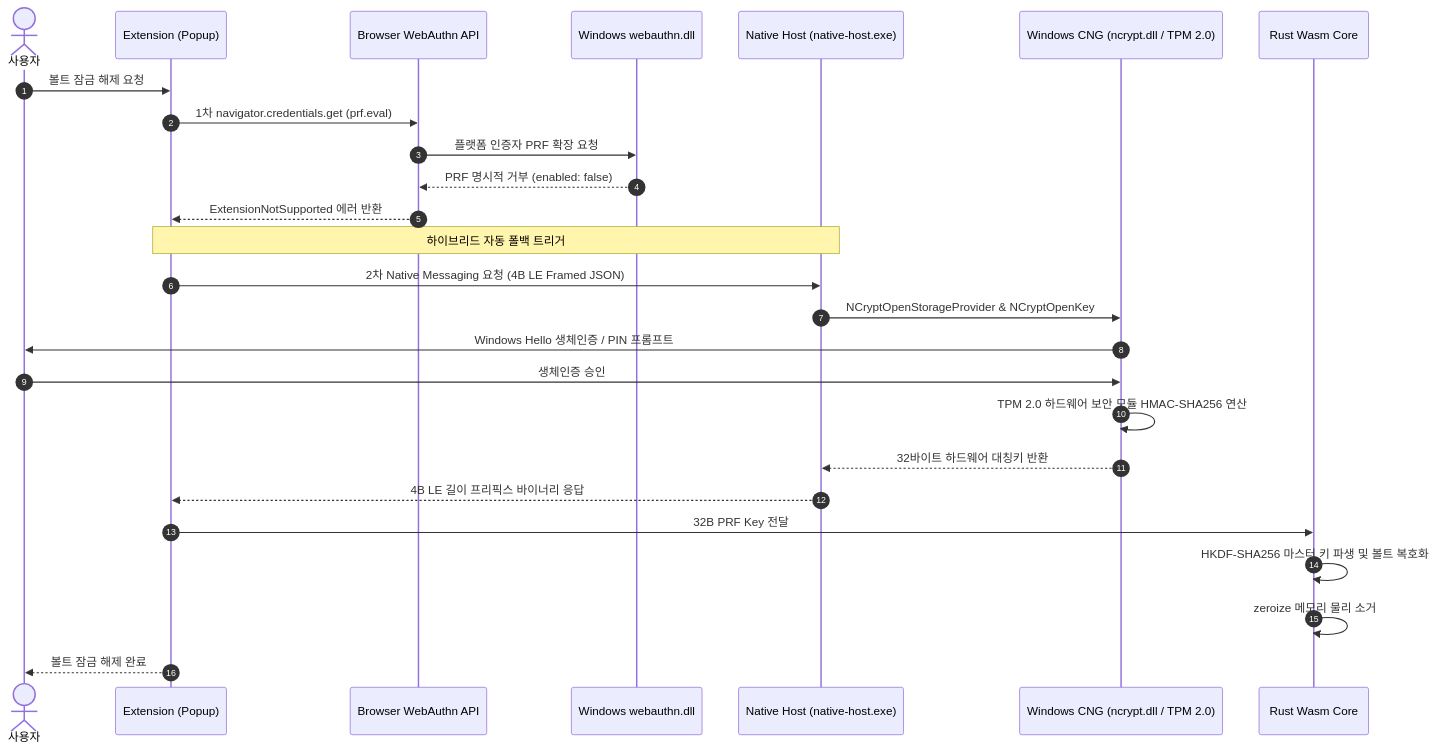
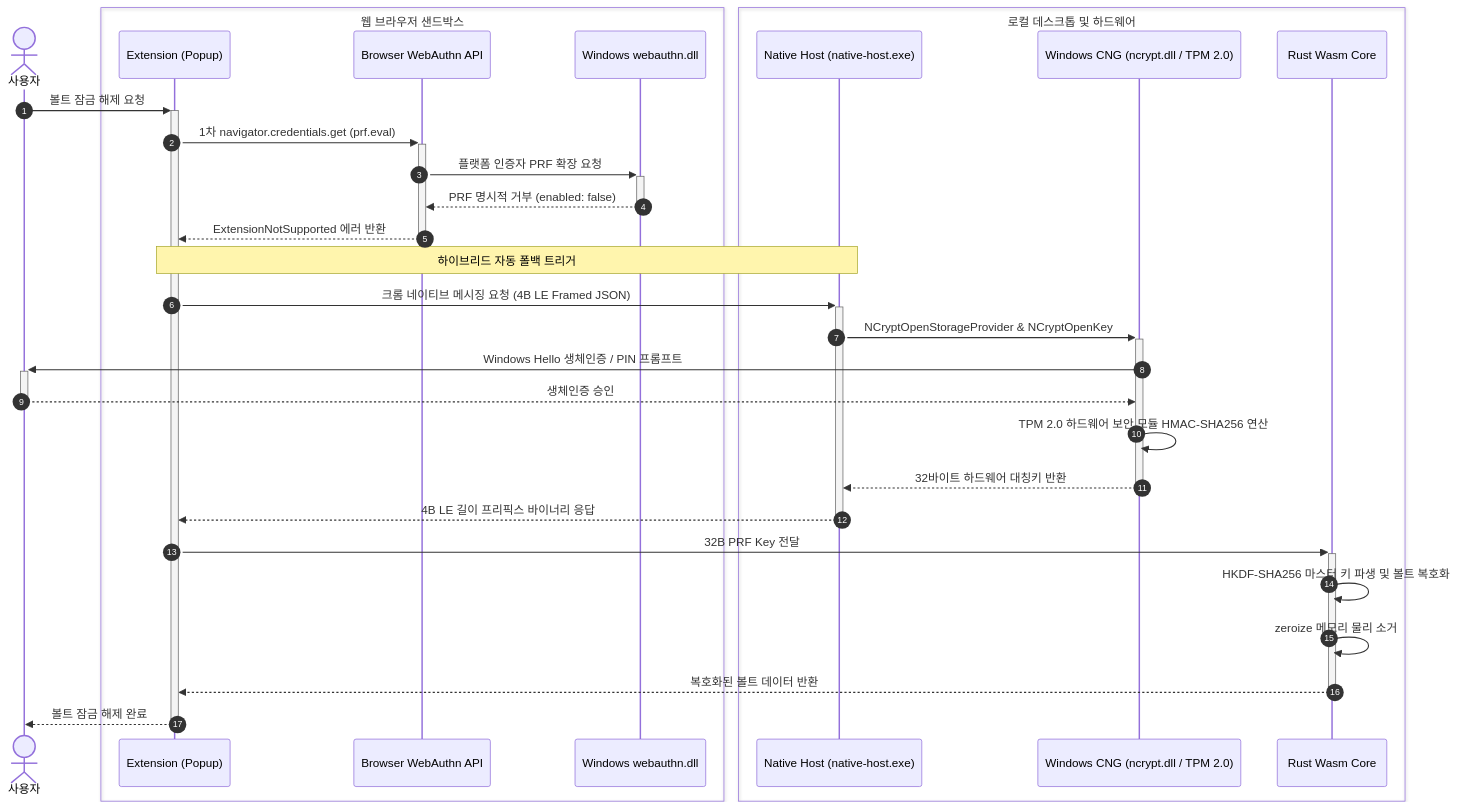
One commit to mmmphyun/security-agent-toolkit changed the diagram in docs/posts/proj-prfvault-02-os-block-and-cng-hybrid-pipeline.md. Above: the diagram before and after it, drawn with Mermaid.

Commit message:
docs(prfvault): 시퀀스 다이어그램 시스템 경계 박스 및 활성화 수명선 개선

````diff
--- a/docs/posts/proj-prfvault-02-os-block-and-cng-hybrid-pipeline.md
+++ b/docs/posts/proj-prfvault-02-os-block-and-cng-hybrid-pipeline.md
@@ -27,29 +27,36 @@
 ```mermaid
 sequenceDiagram
     autonumber
     actor User as 사용자
-    participant Ext as Extension (Popup)
-    participant Browser as Browser WebAuthn API
-    participant OS as Windows webauthn.dll
-    participant NativeHost as Native Host (native-host.exe)
-    participant CNG as Windows CNG (ncrypt.dll / TPM 2.0)
-    participant Wasm as Rust Wasm Core
 
-    User->>Ext: 볼트 잠금 해제 요청
-    Ext->>Browser: 1차 navigator.credentials.get (prf.eval)
-    Browser->>OS: 플랫폼 인증자 PRF 확장 요청
-    OS-->>Browser: PRF 명시적 거부 (enabled: false)
-    Browser-->>Ext: ExtensionNotSupported 에러 반환
+    box 웹 브라우저 샌드박스
+        participant Ext as Extension (Popup)
+        participant Browser as Browser WebAuthn API
+        participant OS as Windows webauthn.dll
+    end
+
+    box 로컬 데스크톱 및 하드웨어
+        participant NativeHost as Native Host (native-host.exe)
+        participant CNG as Windows CNG (ncrypt.dll / TPM 2.0)
+        participant Wasm as Rust Wasm Core
+    end
+
+    User->>+Ext: 볼트 잠금 해제 요청
+    Ext->>+Browser: 1차 navigator.credentials.get (prf.eval)
+    Browser->>+OS: 플랫폼 인증자 PRF 확장 요청
+    OS-->>-Browser: PRF 명시적 거부 (enabled: false)
+    Browser-->>-Ext: ExtensionNotSupported 에러 반환
     Note over Ext,NativeHost: 하이브리드 자동 폴백 트리거
-    Ext->>NativeHost: 2차 Native Messaging 요청 (4B LE Framed JSON)
-    NativeHost->>CNG: NCryptOpenStorageProvider & NCryptOpenKey
-    CNG->>User: Windows Hello 생체인증 / PIN 프롬프트
-    User->>CNG: 생체인증 승인
+    Ext->>+NativeHost: 크롬 네이티브 메시징 요청 (4B LE Framed JSON)
+    NativeHost->>+CNG: NCryptOpenStorageProvider & NCryptOpenKey
+    CNG->>+User: Windows Hello 생체인증 / PIN 프롬프트
+    User-->>-CNG: 생체인증 승인
     CNG->>CNG: TPM 2.0 하드웨어 보안 모듈 HMAC-SHA256 연산
-    CNG-->>NativeHost: 32바이트 하드웨어 대칭키 반환
-    NativeHost-->>Ext: 4B LE 길이 프리픽스 바이너리 응답
-    Ext->>Wasm: 32B PRF Key 전달
+    CNG-->>-NativeHost: 32바이트 하드웨어 대칭키 반환
+    NativeHost-->>-Ext: 4B LE 길이 프리픽스 바이너리 응답
+    Ext->>+Wasm: 32B PRF Key 전달
     Wasm->>Wasm: HKDF-SHA256 마스터 키 파생 및 볼트 복호화
     Wasm->>Wasm: zeroize 메모리 물리 소거
-    Ext-->>User: 볼트 잠금 해제 완료
+    Wasm-->>-Ext: 복호화된 볼트 데이터 반환
+    Ext-->>-User: 볼트 잠금 해제 완료
 ```
````
